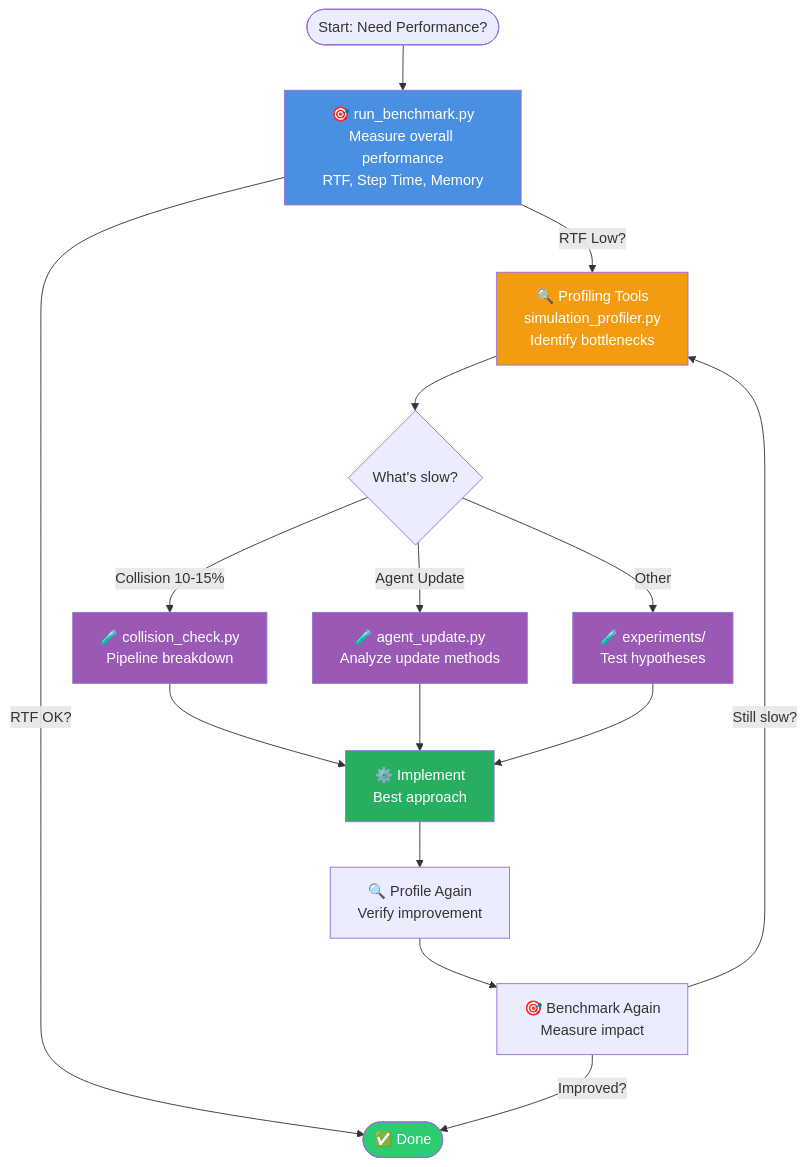
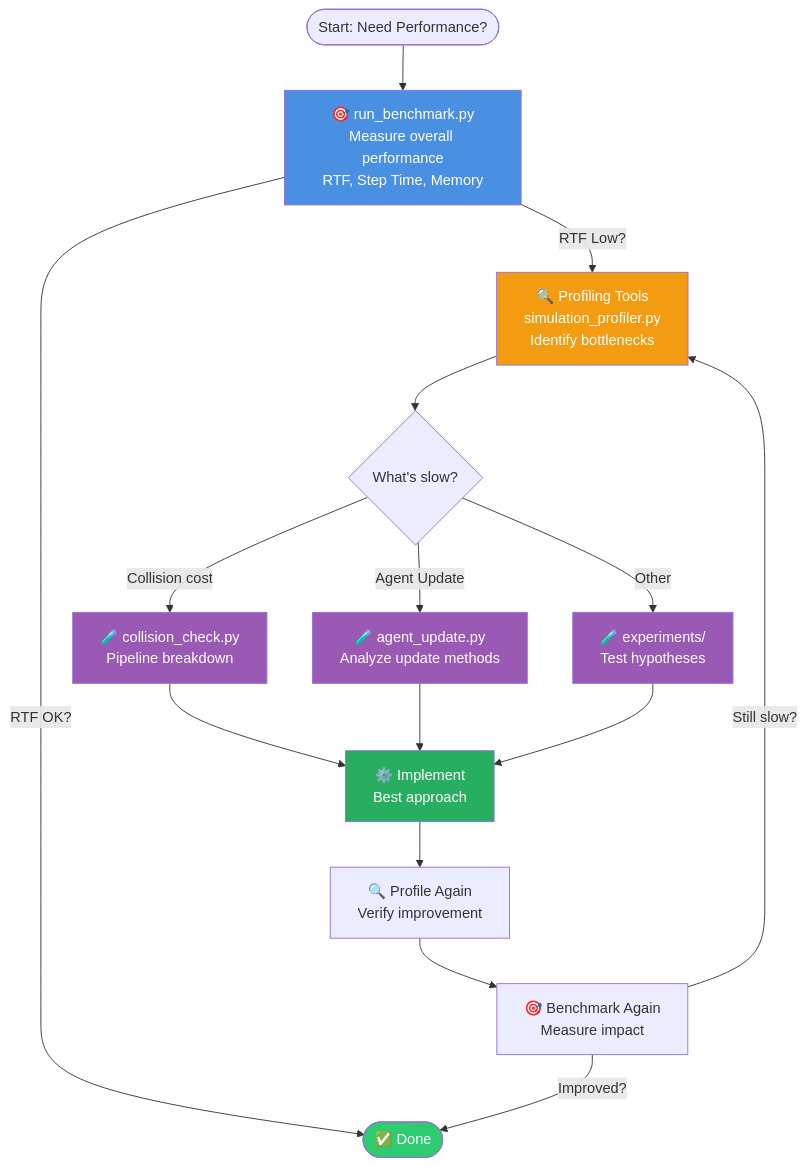
Before and after one commit to yuokamoto/PyBulletFleet: the diagram in benchmark/README.md, drawn with Mermaid. The commit also changed other lines of this file and 19 other files, not shown here.

Commit message:
docs: refresh guides, API reference, and roadmap

````diff
--- a/benchmark/README.md
+++ b/benchmark/README.md
@@ -11,34 +11,34 @@
 ```mermaid
 flowchart TD
     Start([Start: Need Performance?]) --> Benchmark
 
     Benchmark[🎯 run_benchmark.py<br/>Measure overall performance<br/>RTF, Step Time, Memory]
 
     Benchmark -->|RTF OK?| Done([✅ Done])
     Benchmark -->|RTF Low?| Profile
 
     Profile[🔍 Profiling Tools<br/>simulation_profiler.py<br/>Identify bottlenecks]
 
     Profile --> Analyze{What's slow?}
 
-    Analyze -->|Collision 10-15%| CollisionExp[🧪 collision_check.py<br/>Pipeline breakdown]
+    Analyze -->|Collision cost| CollisionExp[🧪 collision_check.py<br/>Pipeline breakdown]
     Analyze -->|Agent Update| AgentExp[🧪 agent_update.py<br/>Analyze update methods]
     Analyze -->|Other| GenericExp[🧪 experiments/<br/>Test hypotheses]
 
     CollisionExp --> Implement[⚙️ Implement<br/>Best approach]
     AgentExp --> Implement
     GenericExp --> Implement
 
     Implement --> Profile2[🔍 Profile Again<br/>Verify improvement]
     Profile2 --> Benchmark2[🎯 Benchmark Again<br/>Measure impact]
     Benchmark2 -->|Improved?| Done
     Benchmark2 -->|Still slow?| Profile
 
     style Benchmark fill:#4A90E2,color:#fff
     style Profile fill:#F39C12,color:#fff
     style CollisionExp fill:#9B59B6,color:#fff
     style AgentExp fill:#9B59B6,color:#fff
     style GenericExp fill:#9B59B6,color:#fff
     style Implement fill:#27AE60,color:#fff
     style Done fill:#2ECC71,color:#fff
 ```
````
